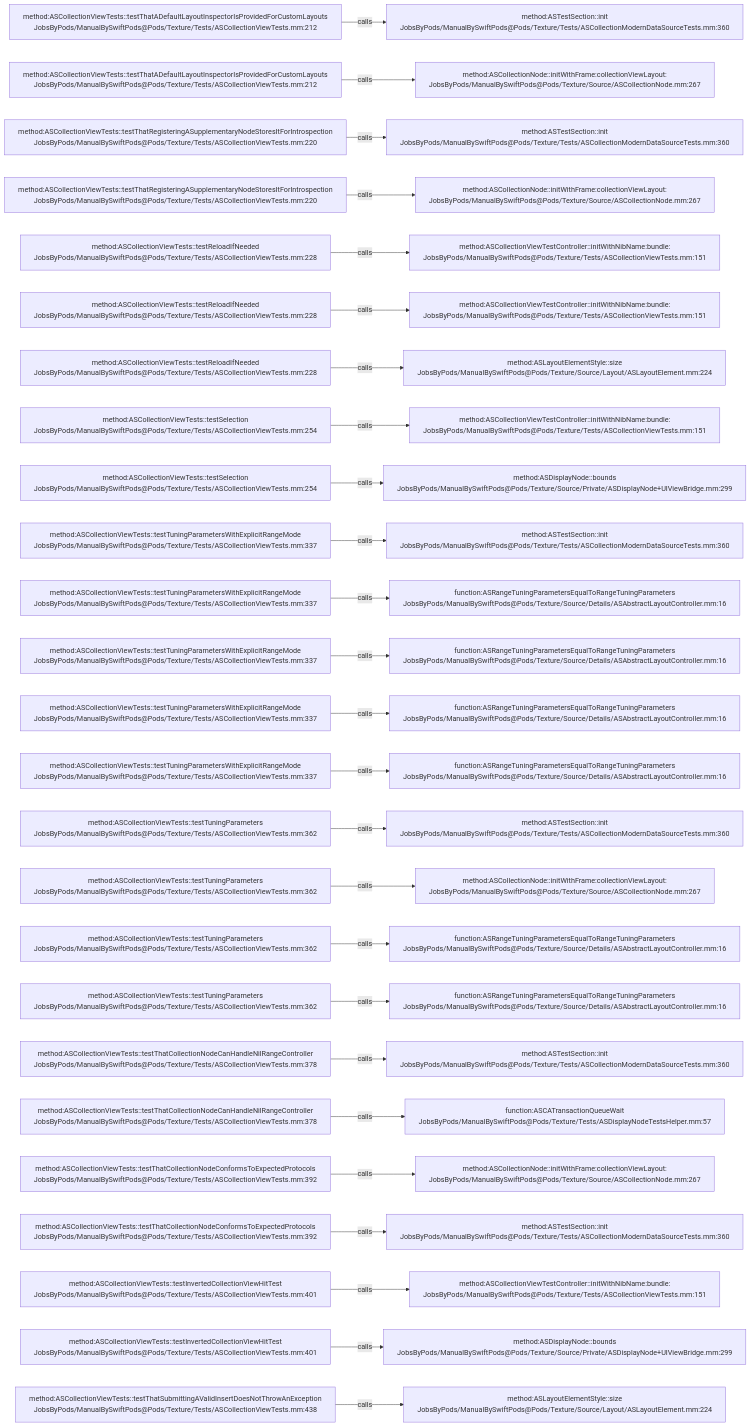
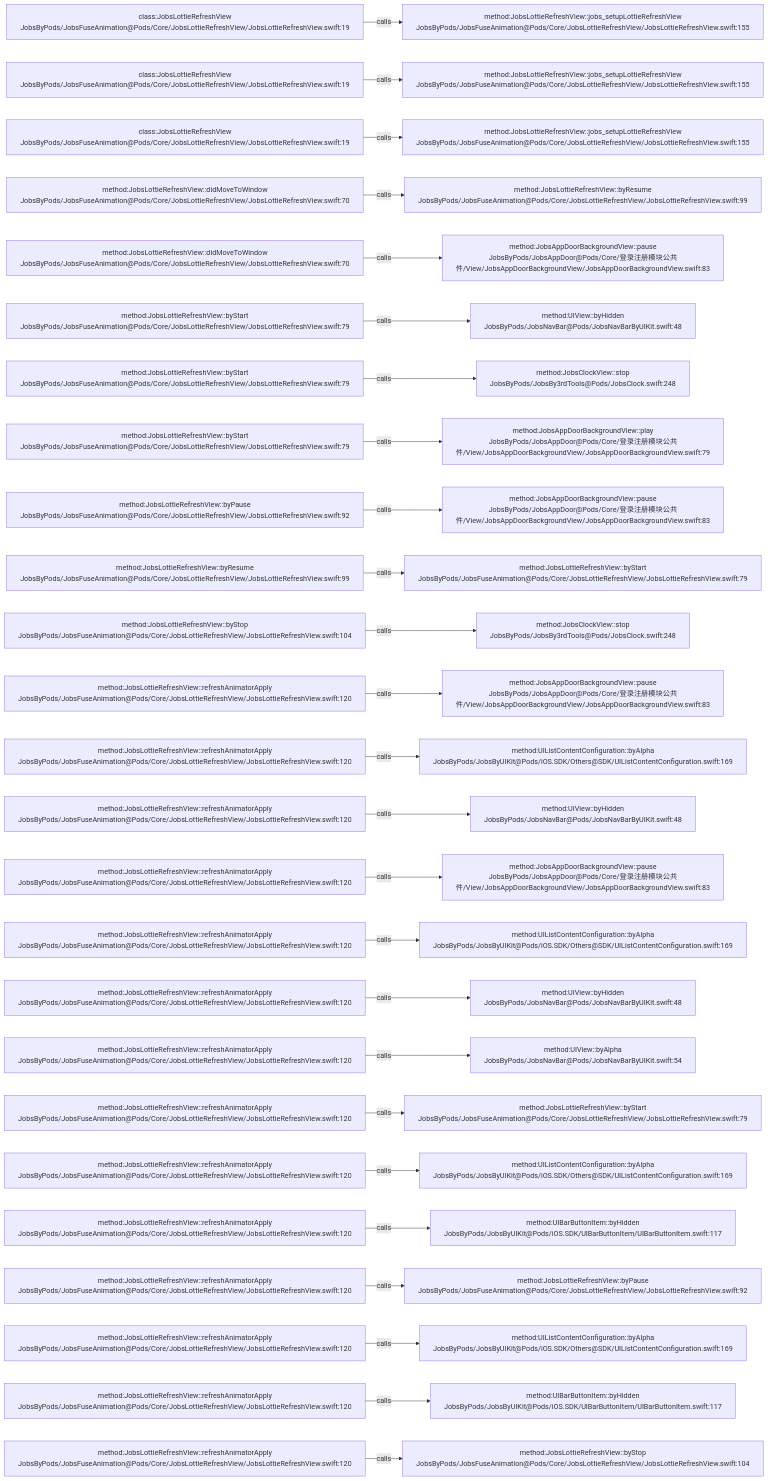
Before and after one commit to JobsKits/JobsSwiftBaseConfigDemo: the diagram in .codegraph/codegraph.md/graphs/calls-171.md, drawn with Mermaid. The commit also changed 224 other files, not shown here.

````diff
--- a/.codegraph/codegraph.md/graphs/calls-171.md
+++ b/.codegraph/codegraph.md/graphs/calls-171.md
@@ -13,78 +13,78 @@
 ```mermaid
 flowchart LR
-  S1["method:ASCollectionViewTests::testThatADefaultLayoutInspectorIsProvidedForCustomLayouts<br/>JobsByPods/ManualBySwiftPods@Pods/Texture/Tests/ASCollectionViewTests.mm:212"]
-  T1["method:ASTestSection::init<br/>JobsByPods/ManualBySwiftPods@Pods/Texture/Tests/ASCollectionModernDataSourceTests.mm:360"]
+  S1["class:JobsLottieRefreshView<br/>JobsByPods/JobsFuseAnimation@Pods/Core/JobsLottieRefreshView/JobsLottieRefreshView.swift:19"]
+  T1["method:JobsLottieRefreshView::jobs_setupLottieRefreshView<br/>JobsByPods/JobsFuseAnimation@Pods/Core/JobsLottieRefreshView/JobsLottieRefreshView.swift:155"]
   S1 -->|calls| T1
-  S2["method:ASCollectionViewTests::testThatADefaultLayoutInspectorIsProvidedForCustomLayouts<br/>JobsByPods/ManualBySwiftPods@Pods/Texture/Tests/ASCollectionViewTests.mm:212"]
-  T2["method:ASCollectionNode::initWithFrame:collectionViewLayout:<br/>JobsByPods/ManualBySwiftPods@Pods/Texture/Source/ASCollectionNode.mm:267"]
+  S2["class:JobsLottieRefreshView<br/>JobsByPods/JobsFuseAnimation@Pods/Core/JobsLottieRefreshView/JobsLottieRefreshView.swift:19"]
+  T2["method:JobsLottieRefreshView::jobs_setupLottieRefreshView<br/>JobsByPods/JobsFuseAnimation@Pods/Core/JobsLottieRefreshView/JobsLottieRefreshView.swift:155"]
   S2 -->|calls| T2
-  S3["method:ASCollectionViewTests::testThatRegisteringASupplementaryNodeStoresItForIntrospection<br/>JobsByPods/ManualBySwiftPods@Pods/Texture/Tests/ASCollectionViewTests.mm:220"]
-  T3["method:ASTestSection::init<br/>JobsByPods/ManualBySwiftPods@Pods/Texture/Tests/ASCollectionModernDataSourceTests.mm:360"]
+  S3["class:JobsLottieRefreshView<br/>JobsByPods/JobsFuseAnimation@Pods/Core/JobsLottieRefreshView/JobsLottieRefreshView.swift:19"]
+  T3["method:JobsLottieRefreshView::jobs_setupLottieRefreshView<br/>JobsByPods/JobsFuseAnimation@Pods/Core/JobsLottieRefreshView/JobsLottieRefreshView.swift:155"]
   S3 -->|calls| T3
-  S4["method:ASCollectionViewTests::testThatRegisteringASupplementaryNodeStoresItForIntrospection<br/>JobsByPods/ManualBySwiftPods@Pods/Texture/Tests/ASCollectionViewTests.mm:220"]
-  T4["method:ASCollectionNode::initWithFrame:collectionViewLayout:<br/>JobsByPods/ManualBySwiftPods@Pods/Texture/Source/ASCollectionNode.mm:267"]
+  S4["method:JobsLottieRefreshView::didMoveToWindow<br/>JobsByPods/JobsFuseAnimation@Pods/Core/JobsLottieRefreshView/JobsLottieRefreshView.swift:70"]
+  T4["method:JobsLottieRefreshView::byResume<br/>JobsByPods/JobsFuseAnimation@Pods/Core/JobsLottieRefreshView/JobsLottieRefreshView.swift:99"]
   S4 -->|calls| T4
-  S5["method:ASCollectionViewTests::testReloadIfNeeded<br/>JobsByPods/ManualBySwiftPods@Pods/Texture/Tests/ASCollectionViewTests.mm:228"]
-  T5["method:ASCollectionViewTestController::initWithNibName:bundle:<br/>JobsByPods/ManualBySwiftPods@Pods/Texture/Tests/ASCollectionViewTests.mm:151"]
+  S5["method:JobsLottieRefreshView::didMoveToWindow<br/>JobsByPods/JobsFuseAnimation@Pods/Core/JobsLottieRefreshView/JobsLottieRefreshView.swift:70"]
+  T5["method:JobsAppDoorBackgroundView::pause<br/>JobsByPods/JobsAppDoor@Pods/Core/登录注册模块公共件/View/JobsAppDoorBackgroundView/JobsAppDoorBackgroundView.swift:83"]
   S5 -->|calls| T5
-  S6["method:ASCollectionViewTests::testReloadIfNeeded<br/>JobsByPods/ManualBySwiftPods@Pods/Texture/Tests/ASCollectionViewTests.mm:228"]
-  T6["method:ASCollectionViewTestController::initWithNibName:bundle:<br/>JobsByPods/ManualBySwiftPods@Pods/Texture/Tests/ASCollectionViewTests.mm:151"]
+  S6["method:JobsLottieRefreshView::byStart<br/>JobsByPods/JobsFuseAnimation@Pods/Core/JobsLottieRefreshView/JobsLottieRefreshView.swift:79"]
+  T6["method:UIView::byHidden<br/>JobsByPods/JobsNavBar@Pods/JobsNavBarByUIKit.swift:48"]
   S6 -->|calls| T6
-  S7["method:ASCollectionViewTests::testReloadIfNeeded<br/>JobsByPods/ManualBySwiftPods@Pods/Texture/Tests/ASCollectionViewTests.mm:228"]
-  T7["method:ASLayoutElementStyle::size<br/>JobsByPods/ManualBySwiftPods@Pods/Texture/Source/Layout/ASLayoutElement.mm:224"]
+  S7["method:JobsLottieRefreshView::byStart<br/>JobsByPods/JobsFuseAnimation@Pods/Core/JobsLottieRefreshView/JobsLottieRefreshView.swift:79"]
+  T7["method:JobsClockView::stop<br/>JobsByPods/JobsBy3rdTools@Pods/JobsClock.swift:248"]
   S7 -->|calls| T7
-  S8["method:ASCollectionViewTests::testSelection<br/>JobsByPods/ManualBySwiftPods@Pods/Texture/Tests/ASCollectionViewTests.mm:254"]
-  T8["method:ASCollectionViewTestController::initWithNibName:bundle:<br/>JobsByPods/ManualBySwiftPods@Pods/Texture/Tests/ASCollectionViewTests.mm:151"]
+  S8["method:JobsLottieRefreshView::byStart<br/>JobsByPods/JobsFuseAnimation@Pods/Core/JobsLottieRefreshView/JobsLottieRefreshView.swift:79"]
+  T8["method:JobsAppDoorBackgroundView::play<br/>JobsByPods/JobsAppDoor@Pods/Core/登录注册模块公共件/View/JobsAppDoorBackgroundView/JobsAppDoorBackgroundView.swift:79"]
   S8 -->|calls| T8
-  S9["method:ASCollectionViewTests::testSelection<br/>JobsByPods/ManualBySwiftPods@Pods/Texture/Tests/ASCollectionViewTests.mm:254"]
-  T9["method:ASDisplayNode::bounds<br/>JobsByPods/ManualBySwiftPods@Pods/Texture/Source/Private/ASDisplayNode+UIViewBridge.mm:299"]
+  S9["method:JobsLottieRefreshView::byPause<br/>JobsByPods/JobsFuseAnimation@Pods/Core/JobsLottieRefreshView/JobsLottieRefreshView.swift:92"]
+  T9["method:JobsAppDoorBackgroundView::pause<br/>JobsByPods/JobsAppDoor@Pods/Core/登录注册模块公共件/View/JobsAppDoorBackgroundView/JobsAppDoorBackgroundView.swift:83"]
   S9 -->|calls| T9
-  S10["method:ASCollectionViewTests::testTuningParametersWithExplicitRangeMode<br/>JobsByPods/ManualBySwiftPods@Pods/Texture/Tests/ASCollectionViewTests.mm:337"]
-  T10["method:ASTestSection::init<br/>JobsByPods/ManualBySwiftPods@Pods/Texture/Tests/ASCollectionModernDataSourceTests.mm:360"]
+  S10["method:JobsLottieRefreshView::byResume<br/>JobsByPods/JobsFuseAnimation@Pods/Core/JobsLottieRefreshView/JobsLottieRefreshView.swift:99"]
+  T10["method:JobsLottieRefreshView::byStart<br/>JobsByPods/JobsFuseAnimation@Pods/Core/JobsLottieRefreshView/JobsLottieRefreshView.swift:79"]
   S10 -->|calls| T10
-  S11["method:ASCollectionViewTests::testTuningParametersWithExplicitRangeMode<br/>JobsByPods/ManualBySwiftPods@Pods/Texture/Tests/ASCollectionViewTests.mm:337"]
-  T11["function:ASRangeTuningParametersEqualToRangeTuningParameters<br/>JobsByPods/ManualBySwiftPods@Pods/Texture/Source/Details/ASAbstractLayoutController.mm:16"]
+  S11["method:JobsLottieRefreshView::byStop<br/>JobsByPods/JobsFuseAnimation@Pods/Core/JobsLottieRefreshView/JobsLottieRefreshView.swift:104"]
+  T11["method:JobsClockView::stop<br/>JobsByPods/JobsBy3rdTools@Pods/JobsClock.swift:248"]
   S11 -->|calls| T11
-  S12["method:ASCollectionViewTests::testTuningParametersWithExplicitRangeMode<br/>JobsByPods/ManualBySwiftPods@Pods/Texture/Tests/ASCollectionViewTests.mm:337"]
-  T12["function:ASRangeTuningParametersEqualToRangeTuningParameters<br/>JobsByPods/ManualBySwiftPods@Pods/Texture/Source/Details/ASAbstractLayoutController.mm:16"]
+  S12["method:JobsLottieRefreshView::refreshAnimatorApply<br/>JobsByPods/JobsFuseAnimation@Pods/Core/JobsLottieRefreshView/JobsLottieRefreshView.swift:120"]
+  T12["method:JobsAppDoorBackgroundView::pause<br/>JobsByPods/JobsAppDoor@Pods/Core/登录注册模块公共件/View/JobsAppDoorBackgroundView/JobsAppDoorBackgroundView.swift:83"]
   S12 -->|calls| T12
-  S13["method:ASCollectionViewTests::testTuningParametersWithExplicitRangeMode<br/>JobsByPods/ManualBySwiftPods@Pods/Texture/Tests/ASCollectionViewTests.mm:337"]
-  T13["function:ASRangeTuningParametersEqualToRangeTuningParameters<br/>JobsByPods/ManualBySwiftPods@Pods/Texture/Source/Details/ASAbstractLayoutController.mm:16"]
+  S13["method:JobsLottieRefreshView::refreshAnimatorApply<br/>JobsByPods/JobsFuseAnimation@Pods/Core/JobsLottieRefreshView/JobsLottieRefreshView.swift:120"]
+  T13["method:UIListContentConfiguration::byAlpha<br/>JobsByPods/JobsByUIKit@Pods/iOS.SDK/Others@SDK/UIListContentConfiguration.swift:169"]
   S13 -->|calls| T13
-  S14["method:ASCollectionViewTests::testTuningParametersWithExplicitRangeMode<br/>JobsByPods/ManualBySwiftPods@Pods/Texture/Tests/ASCollectionViewTests.mm:337"]
-  T14["function:ASRangeTuningParametersEqualToRangeTuningParameters<br/>JobsByPods/ManualBySwiftPods@Pods/Texture/Source/Details/ASAbstractLayoutController.mm:16"]
+  S14["method:JobsLottieRefreshView::refreshAnimatorApply<br/>JobsByPods/JobsFuseAnimation@Pods/Core/JobsLottieRefreshView/JobsLottieRefreshView.swift:120"]
+  T14["method:UIView::byHidden<br/>JobsByPods/JobsNavBar@Pods/JobsNavBarByUIKit.swift:48"]
   S14 -->|calls| T14
-  S15["method:ASCollectionViewTests::testTuningParameters<br/>JobsByPods/ManualBySwiftPods@Pods/Texture/Tests/ASCollectionViewTests.mm:362"]
-  T15["method:ASTestSection::init<br/>JobsByPods/ManualBySwiftPods@Pods/Texture/Tests/ASCollectionModernDataSourceTests.mm:360"]
+  S15["method:JobsLottieRefreshView::refreshAnimatorApply<br/>JobsByPods/JobsFuseAnimation@Pods/Core/JobsLottieRefreshView/JobsLottieRefreshView.swift:120"]
+  T15["method:JobsAppDoorBackgroundView::pause<br/>JobsByPods/JobsAppDoor@Pods/Core/登录注册模块公共件/View/JobsAppDoorBackgroundView/JobsAppDoorBackgroundView.swift:83"]
   S15 -->|calls| T15
-  S16["method:ASCollectionViewTests::testTuningParameters<br/>JobsByPods/ManualBySwiftPods@Pods/Texture/Tests/ASCollectionViewTests.mm:362"]
-  T16["method:ASCollectionNode::initWithFrame:collectionViewLayout:<br/>JobsByPods/ManualBySwiftPods@Pods/Texture/Source/ASCollectionNode.mm:267"]
+  S16["method:JobsLottieRefreshView::refreshAnimatorApply<br/>JobsByPods/JobsFuseAnimation@Pods/Core/JobsLottieRefreshView/JobsLottieRefreshView.swift:120"]
+  T16["method:UIListContentConfiguration::byAlpha<br/>JobsByPods/JobsByUIKit@Pods/iOS.SDK/Others@SDK/UIListContentConfiguration.swift:169"]
   S16 -->|calls| T16
-  S17["method:ASCollectionViewTests::testTuningParameters<br/>JobsByPods/ManualBySwiftPods@Pods/Texture/Tests/ASCollectionViewTests.mm:362"]
-  T17["function:ASRangeTuningParametersEqualToRangeTuningParameters<br/>JobsByPods/ManualBySwiftPods@Pods/Texture/Source/Details/ASAbstractLayoutController.mm:16"]
+  S17["method:JobsLottieRefreshView::refreshAnimatorApply<br/>JobsByPods/JobsFuseAnimation@Pods/Core/JobsLottieRefreshView/JobsLottieRefreshView.swift:120"]
+  T17["method:UIView::byHidden<br/>JobsByPods/JobsNavBar@Pods/JobsNavBarByUIKit.swift:48"]
   S17 -->|calls| T17
-  S18["method:ASCollectionViewTests::testTuningParameters<br/>JobsByPods/ManualBySwiftPods@Pods/Texture/Tests/ASCollectionViewTests.mm:362"]
-  T18["function:ASRangeTuningParametersEqualToRangeTuningParameters<br/>JobsByPods/ManualBySwiftPods@Pods/Texture/Source/Details/ASAbstractLayoutController.mm:16"]
+  S18["method:JobsLottieRefreshView::refreshAnimatorApply<br/>JobsByPods/JobsFuseAnimation@Pods/Core/JobsLottieRefreshView/JobsLottieRefreshView.swift:120"]
+  T18["method:UIView::byAlpha<br/>JobsByPods/JobsNavBar@Pods/JobsNavBarByUIKit.swift:54"]
   S18 -->|calls| T18
-  S19["method:ASCollectionViewTests::testThatCollectionNodeCanHandleNilRangeController<br/>JobsByPods/ManualBySwiftPods@Pods/Texture/Tests/ASCollectionViewTests.mm:378"]
-  T19["method:ASTestSection::init<br/>JobsByPods/ManualBySwiftPods@Pods/Texture/Tests/ASCollectionModernDataSourceTests.mm:360"]
+  S19["method:JobsLottieRefreshView::refreshAnimatorApply<br/>JobsByPods/JobsFuseAnimation@Pods/Core/JobsLottieRefreshView/JobsLottieRefreshView.swift:120"]
+  T19["method:JobsLottieRefreshView::byStart<br/>JobsByPods/JobsFuseAnimation@Pods/Core/JobsLottieRefreshView/JobsLottieRefreshView.swift:79"]
   S19 -->|calls| T19
-  S20["method:ASCollectionViewTests::testThatCollectionNodeCanHandleNilRangeController<br/>JobsByPods/ManualBySwiftPods@Pods/Texture/Tests/ASCollectionViewTests.mm:378"]
-  T20["function:ASCATransactionQueueWait<br/>JobsByPods/ManualBySwiftPods@Pods/Texture/Tests/ASDisplayNodeTestsHelper.mm:57"]
+  S20["method:JobsLottieRefreshView::refreshAnimatorApply<br/>JobsByPods/JobsFuseAnimation@Pods/Core/JobsLottieRefreshView/JobsLottieRefreshView.swift:120"]
+  T20["method:UIListContentConfiguration::byAlpha<br/>JobsByPods/JobsByUIKit@Pods/iOS.SDK/Others@SDK/UIListContentConfiguration.swift:169"]
   S20 -->|calls| T20
-  S21["method:ASCollectionViewTests::testThatCollectionNodeConformsToExpectedProtocols<br/>JobsByPods/ManualBySwiftPods@Pods/Texture/Tests/ASCollectionViewTests.mm:392"]
-  T21["method:ASCollectionNode::initWithFrame:collectionViewLayout:<br/>JobsByPods/ManualBySwiftPods@Pods/Texture/Source/ASCollectionNode.mm:267"]
+  S21["method:JobsLottieRefreshView::refreshAnimatorApply<br/>JobsByPods/JobsFuseAnimation@Pods/Core/JobsLottieRefreshView/JobsLottieRefreshView.swift:120"]
+  T21["method:UIBarButtonItem::byHidden<br/>JobsByPods/JobsByUIKit@Pods/iOS.SDK/UIBarButtonItem/UIBarButtonItem.swift:117"]
   S21 -->|calls| T21
-  S22["method:ASCollectionViewTests::testThatCollectionNodeConformsToExpectedProtocols<br/>JobsByPods/ManualBySwiftPods@Pods/Texture/Tests/ASCollectionViewTests.mm:392"]
-  T22["method:ASTestSection::init<br/>JobsByPods/ManualBySwiftPods@Pods/Texture/Tests/ASCollectionModernDataSourceTests.mm:360"]
+  S22["method:JobsLottieRefreshView::refreshAnimatorApply<br/>JobsByPods/JobsFuseAnimation@Pods/Core/JobsLottieRefreshView/JobsLottieRefreshView.swift:120"]
+  T22["method:JobsLottieRefreshView::byPause<br/>JobsByPods/JobsFuseAnimation@Pods/Core/JobsLottieRefreshView/JobsLottieRefreshView.swift:92"]
   S22 -->|calls| T22
-  S23["method:ASCollectionViewTests::testInvertedCollectionViewHitTest<br/>JobsByPods/ManualBySwiftPods@Pods/Texture/Tests/ASCollectionViewTests.mm:401"]
-  T23["method:ASCollectionViewTestController::initWithNibName:bundle:<br/>JobsByPods/ManualBySwiftPods@Pods/Texture/Tests/ASCollectionViewTests.mm:151"]
+  S23["method:JobsLottieRefreshView::refreshAnimatorApply<br/>JobsByPods/JobsFuseAnimation@Pods/Core/JobsLottieRefreshView/JobsLottieRefreshView.swift:120"]
+  T23["method:UIListContentConfiguration::byAlpha<br/>JobsByPods/JobsByUIKit@Pods/iOS.SDK/Others@SDK/UIListContentConfiguration.swift:169"]
   S23 -->|calls| T23
-  S24["method:ASCollectionViewTests::testInvertedCollectionViewHitTest<br/>JobsByPods/ManualBySwiftPods@Pods/Texture/Tests/ASCollectionViewTests.mm:401"]
-  T24["method:ASDisplayNode::bounds<br/>JobsByPods/ManualBySwiftPods@Pods/Texture/Source/Private/ASDisplayNode+UIViewBridge.mm:299"]
+  S24["method:JobsLottieRefreshView::refreshAnimatorApply<br/>JobsByPods/JobsFuseAnimation@Pods/Core/JobsLottieRefreshView/JobsLottieRefreshView.swift:120"]
+  T24["method:UIBarButtonItem::byHidden<br/>JobsByPods/JobsByUIKit@Pods/iOS.SDK/UIBarButtonItem/UIBarButtonItem.swift:117"]
   S24 -->|calls| T24
-  S25["method:ASCollectionViewTests::testThatSubmittingAValidInsertDoesNotThrowAnException<br/>JobsByPods/ManualBySwiftPods@Pods/Texture/Tests/ASCollectionViewTests.mm:438"]
-  T25["method:ASLayoutElementStyle::size<br/>JobsByPods/ManualBySwiftPods@Pods/Texture/Source/Layout/ASLayoutElement.mm:224"]
+  S25["method:JobsLottieRefreshView::refreshAnimatorApply<br/>JobsByPods/JobsFuseAnimation@Pods/Core/JobsLottieRefreshView/JobsLottieRefreshView.swift:120"]
+  T25["method:JobsLottieRefreshView::byStop<br/>JobsByPods/JobsFuseAnimation@Pods/Core/JobsLottieRefreshView/JobsLottieRefreshView.swift:104"]
   S25 -->|calls| T25
 ```
````
